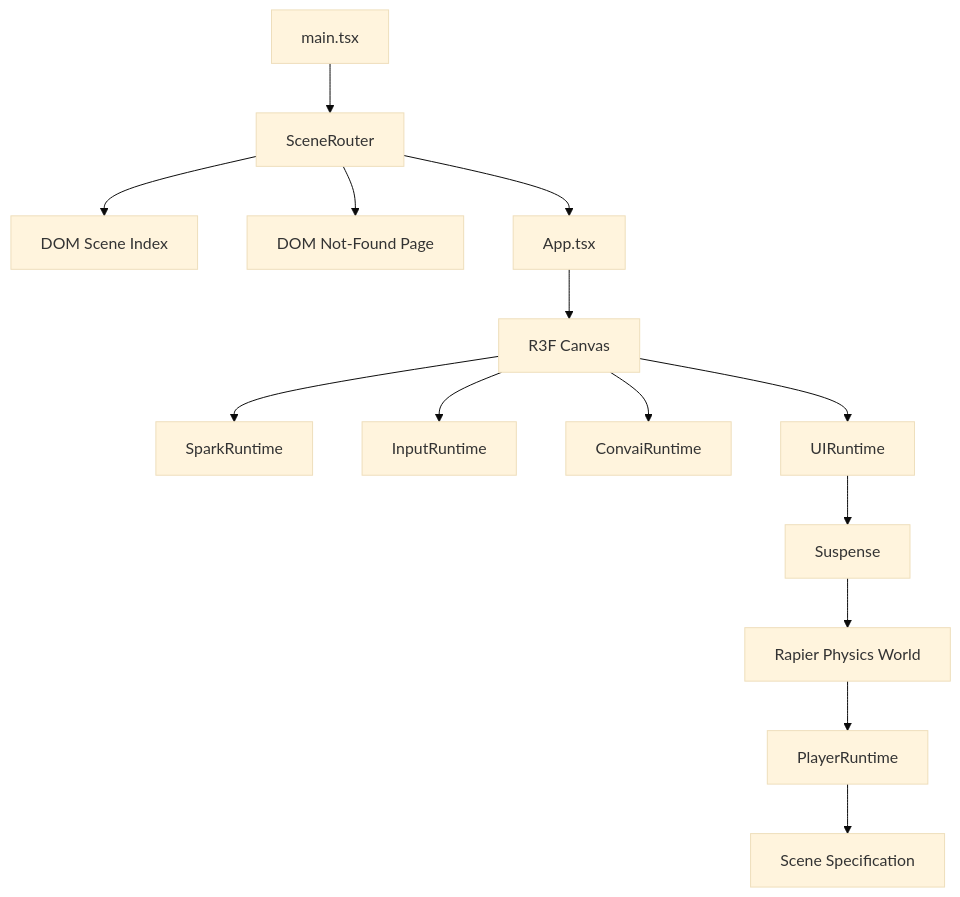
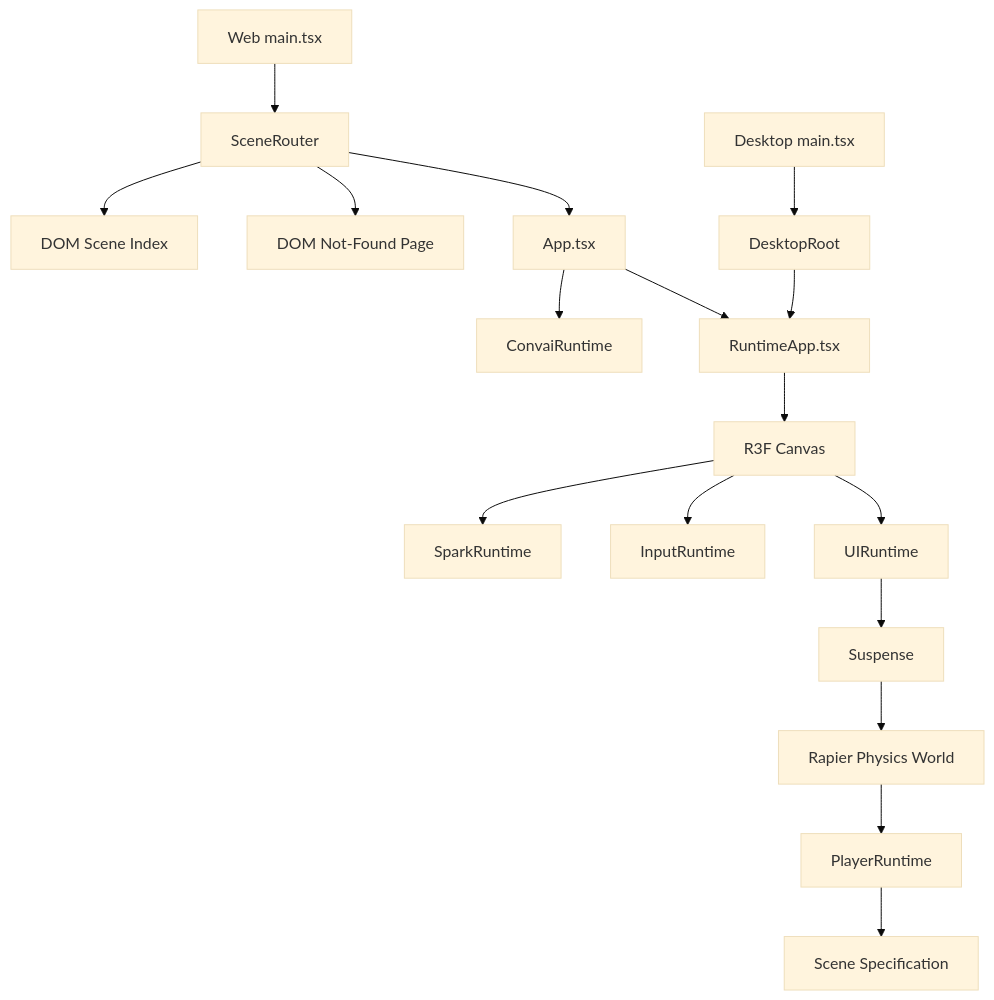
One commit to raolir/omnipraxis changed the first of 9 diagrams in docs/architecture.md. Above: the diagram before and after it, drawn with Mermaid (base theme). The commit also changed other lines of this file and 26 other files, not shown here.

Commit message:
Add portable Windows desktop runtime

````diff
--- a/docs/architecture.md
+++ b/docs/architecture.md
@@ -14,18 +14,22 @@
 ```mermaid
 flowchart TD
-  Main[main.tsx] --> Router[SceneRouter]
+  Main[Web main.tsx] --> Router[SceneRouter]
   Router --> Index[DOM Scene Index]
   Router --> NotFound[DOM Not-Found Page]
   Router --> App[App.tsx]
-  App --> Canvas[R3F Canvas]
+  App --> ConvaiRuntime[ConvaiRuntime]
+  App --> RuntimeApp[RuntimeApp.tsx]
+
+  DesktopMain[Desktop main.tsx] --> DesktopRoot[DesktopRoot]
+  DesktopRoot --> RuntimeApp
+  RuntimeApp --> Canvas[R3F Canvas]
 
   Canvas --> SparkRuntime[SparkRuntime]
   Canvas --> InputRuntime[InputRuntime]
-  Canvas --> ConvaiRuntime[ConvaiRuntime]
   Canvas --> UIRuntime[UIRuntime]
 
   UIRuntime --> Suspense[Suspense]
   Suspense --> Physics[Rapier Physics World]
   Physics --> PlayerRuntime[PlayerRuntime]
   PlayerRuntime --> Scene[Scene Specification]
 ```
````
